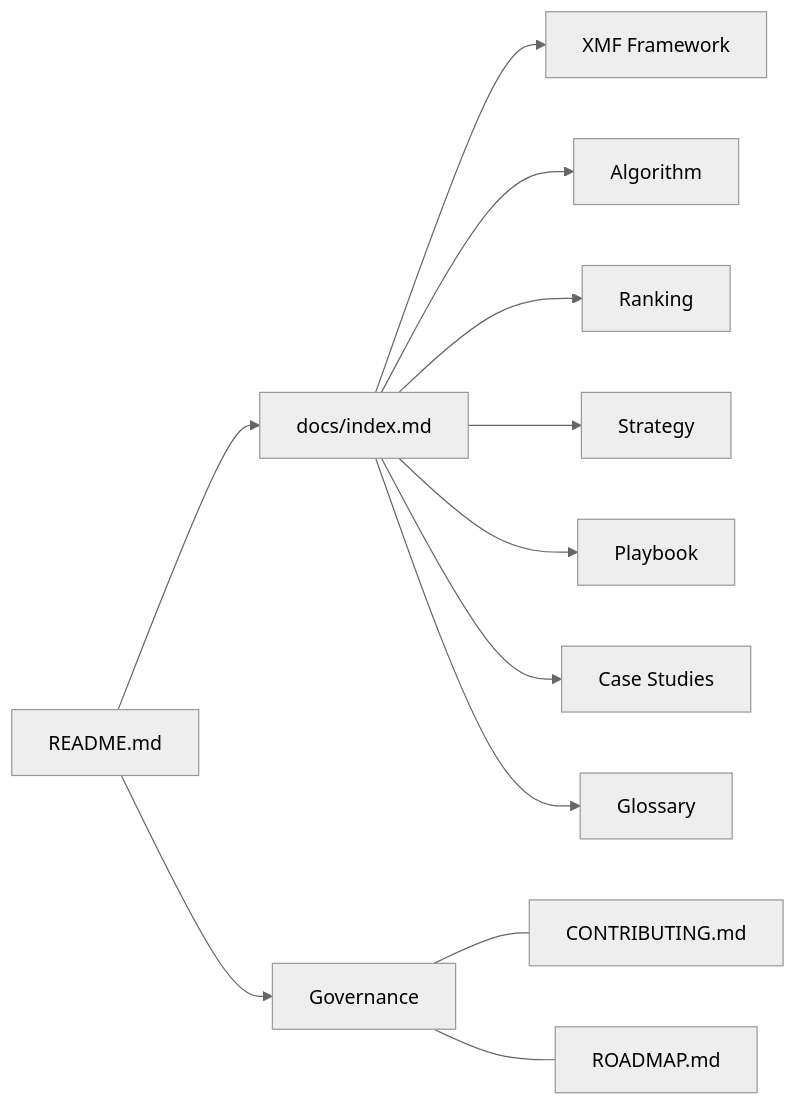
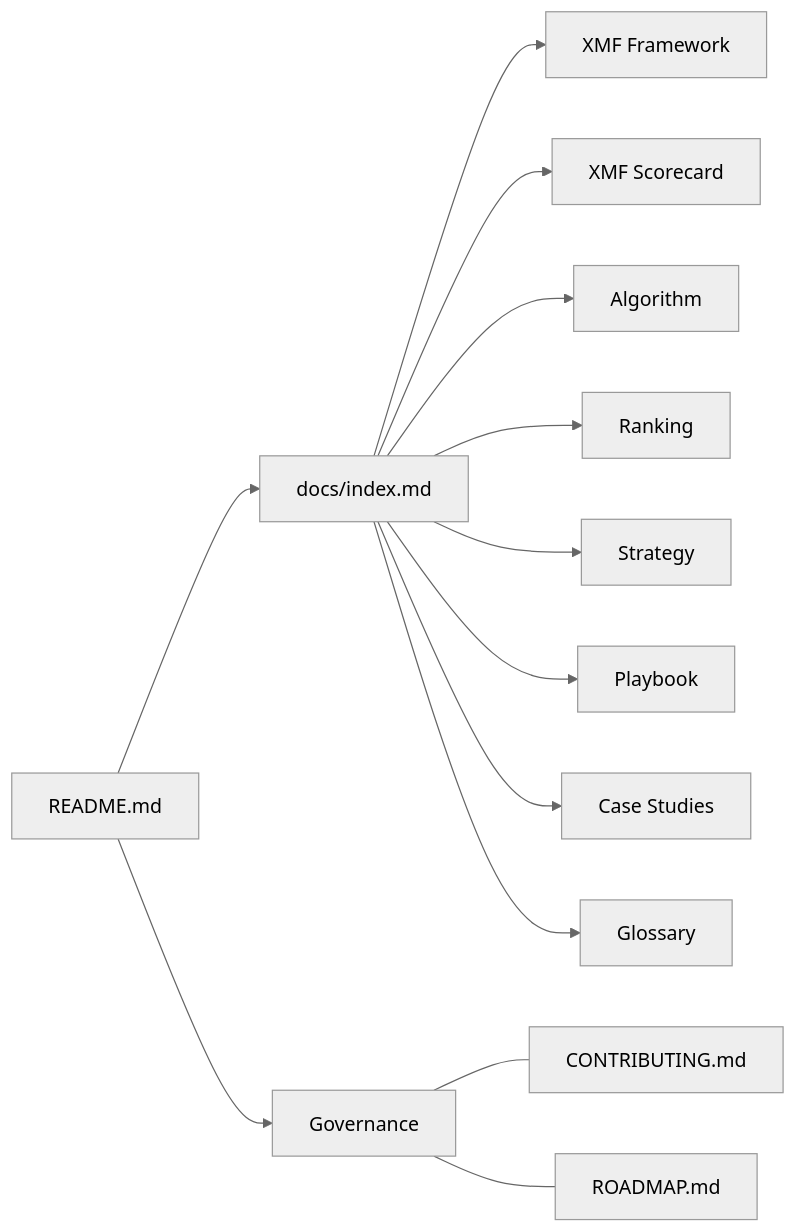
The second of 2 diagrams in README.md (Hustlenix/X-growth-lab), drawn with Mermaid (neutral theme) before and after one commit. The commit also changed other lines of this file and 4 other files, not shown here.

````diff
--- a/README.md
+++ b/README.md
@@ -73,15 +70,16 @@
 ```mermaid
 graph LR
     Root[README.md] --> Docs[docs/index.md]
     Docs --> Guide0[XMF Framework]
+    Docs --> GuideX[XMF Scorecard]
     Docs --> Guide1[Algorithm]
     Docs --> Guide2[Ranking]
     Docs --> Guide3[Strategy]
     Docs --> Guide4[Playbook]
     Docs --> Guide5[Case Studies]
     Docs --> Guide6[Glossary]
 
     Root --> Gov[Governance]
     Gov --- G1[CONTRIBUTING.md]
     Gov --- G2[ROADMAP.md]
 ```
````
